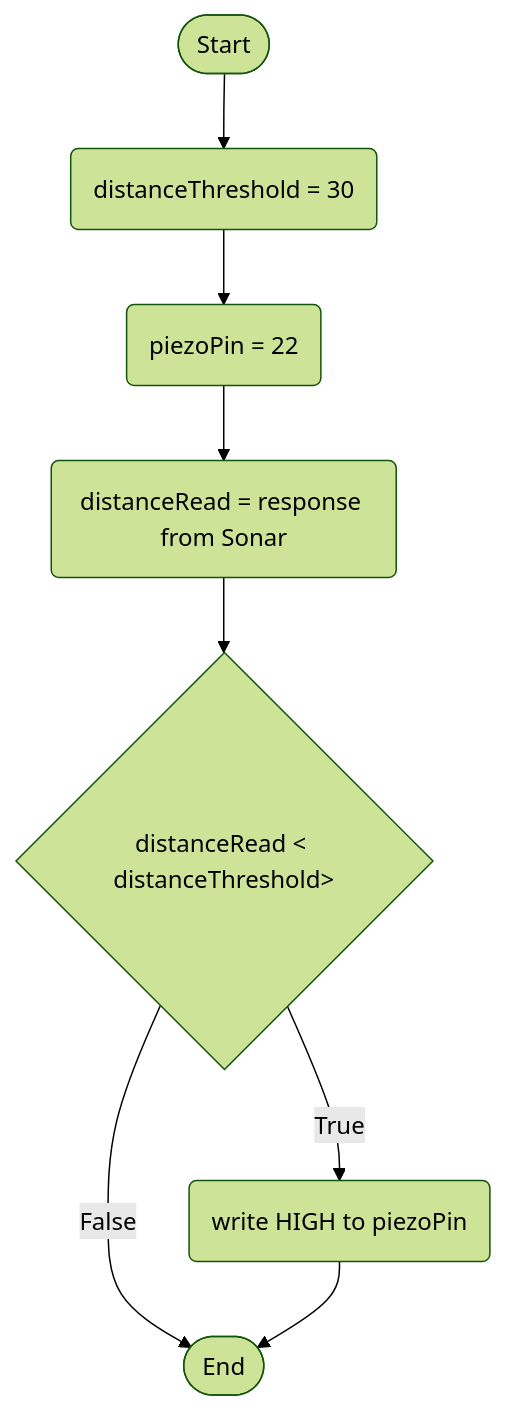
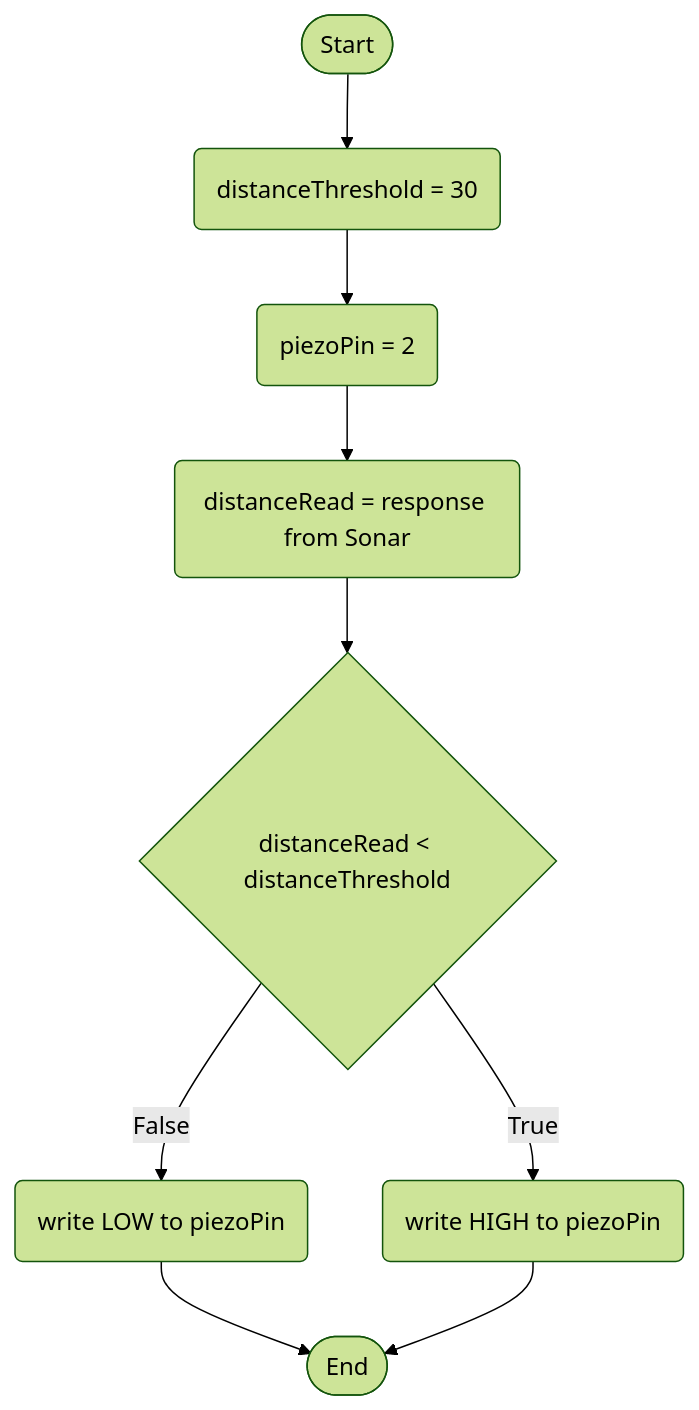
Before and after one commit to Saxonugfd7/ElectronicsBoard: the first of 2 diagrams in logic.md, drawn with Mermaid (forest theme). The commit also changed other lines of this file and 1 other file, not shown here.

Commit message:
fixed flowcharts

````diff
--- a/logic.md
+++ b/logic.md
@@ -3,18 +4,22 @@
 ```mermaid
 flowchart TD
     terminalStart([Start])
+    %% Comment
     terminalEnd([End])
     thresholdSet(distanceThreshold = 30)
-    setPiezoPin(piezoPin = 22)
+    setPiezoPin(piezoPin = 2)
     currentDistanceReading(distanceRead = response from Sonar)
     activatePiezo(write HIGH to piezoPin)
-    ifDistanceLessThanThreshold{distanceRead < distanceThreshold>}
+    deactivatePiezo(write LOW to piezoPin)
+
+    ifDistanceLessThanThreshold{distanceRead < distanceThreshold}
 
     terminalStart --> thresholdSet
     thresholdSet --> setPiezoPin
     setPiezoPin --> currentDistanceReading
     currentDistanceReading --> ifDistanceLessThanThreshold
     ifDistanceLessThanThreshold --> |True| activatePiezo
-    ifDistanceLessThanThreshold --> |False| terminalEnd
+    ifDistanceLessThanThreshold --> |False| deactivatePiezo
+    deactivatePiezo --> terminalEnd
     activatePiezo --> terminalEnd
 ```
````
